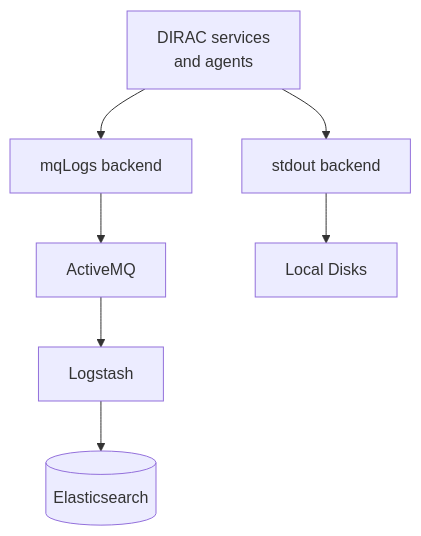
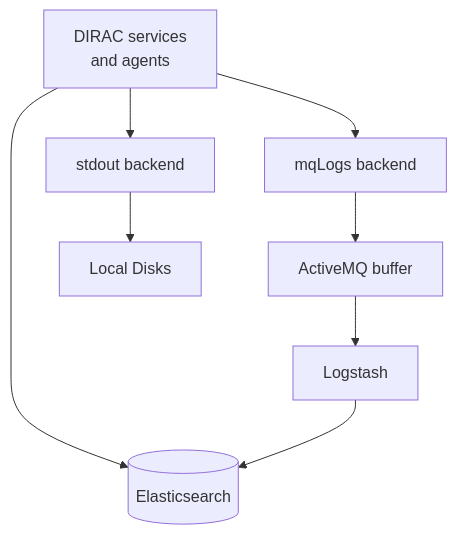
Before and after one commit to hanx-hep/2026-cepc-dci: the fifth of 5 diagrams in slides.md, drawn with Mermaid. The commit also changed other lines of this file and 1 other file, not shown here.

Commit message:
fix: correct monitoring data paths and restore architecture notes

````diff
--- a/slides.md
+++ b/slides.md
@@ -343,9 +347,10 @@
 ```mermaid {scale: 0.52}
 flowchart TD
-    A[DIRAC services<br/>and agents] --> B[mqLogs backend]
+    A[DIRAC services<br/>and agents] --> E[(Elasticsearch)]
+    A --> B[mqLogs backend]
     A --> G[stdout backend]
-    B --> C[ActiveMQ]
+    B --> C[ActiveMQ buffer]
     C --> D[Logstash]
-    D --> E[(Elasticsearch)]
+    D --> E
     G --> H[Local Disks]
 ```
````
